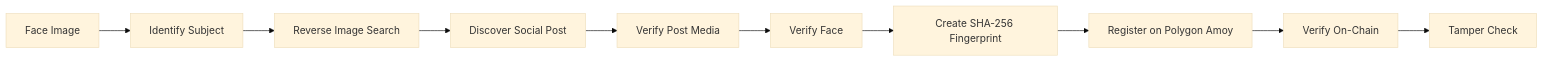
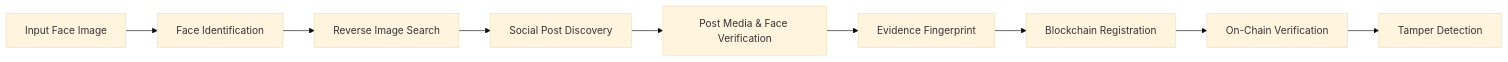
Before and after one commit to mohdasif-v1/hh-goa2026-task-03: the first of 4 diagrams in README.md, drawn with Mermaid (base theme). The commit also changed other lines of this file, not shown here.

````diff
--- a/README.md
+++ b/README.md
@@ -23,12 +5,11 @@
 ```mermaid
 flowchart LR
-    A["Face Image"] --> B["Identify Subject"]
+    A["Input Face Image"] --> B["Face Identification"]
     B --> C["Reverse Image Search"]
-    C --> D["Discover Social Post"]
-    D --> E["Verify Post Media"]
-    E --> F["Verify Face"]
-    F --> G["Create SHA-256 Fingerprint"]
-    G --> H["Register on Polygon Amoy"]
-    H --> I["Verify On-Chain"]
-    I --> J["Tamper Check"]
+    C --> D["Social Post Discovery"]
+    D --> E["Post Media & Face Verification"]
+    E --> F["Evidence Fingerprint"]
+    F --> G["Blockchain Registration"]
+    G --> H["On-Chain Verification"]
+    H --> I["Tamper Detection"]
 ```
````
